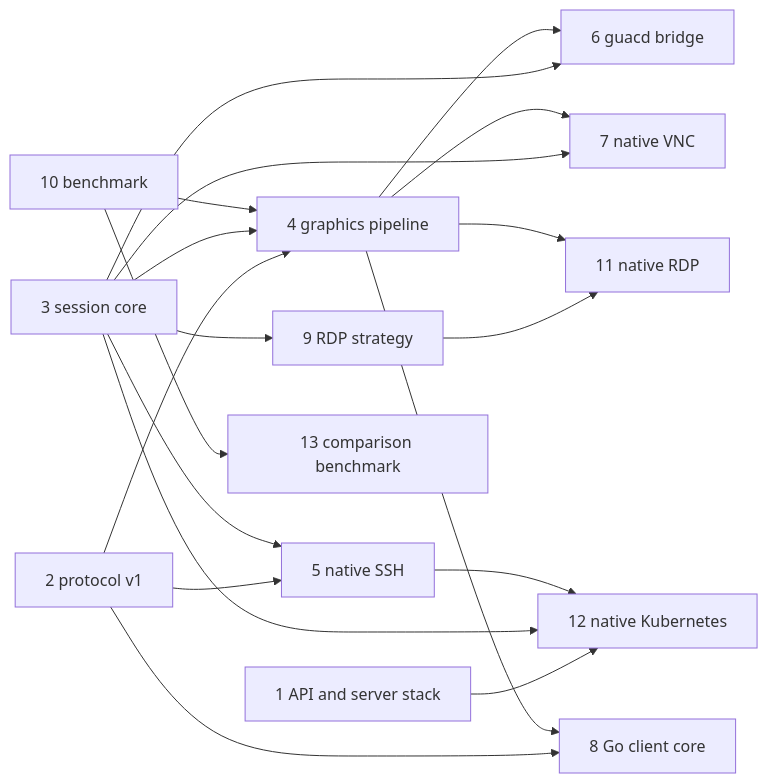
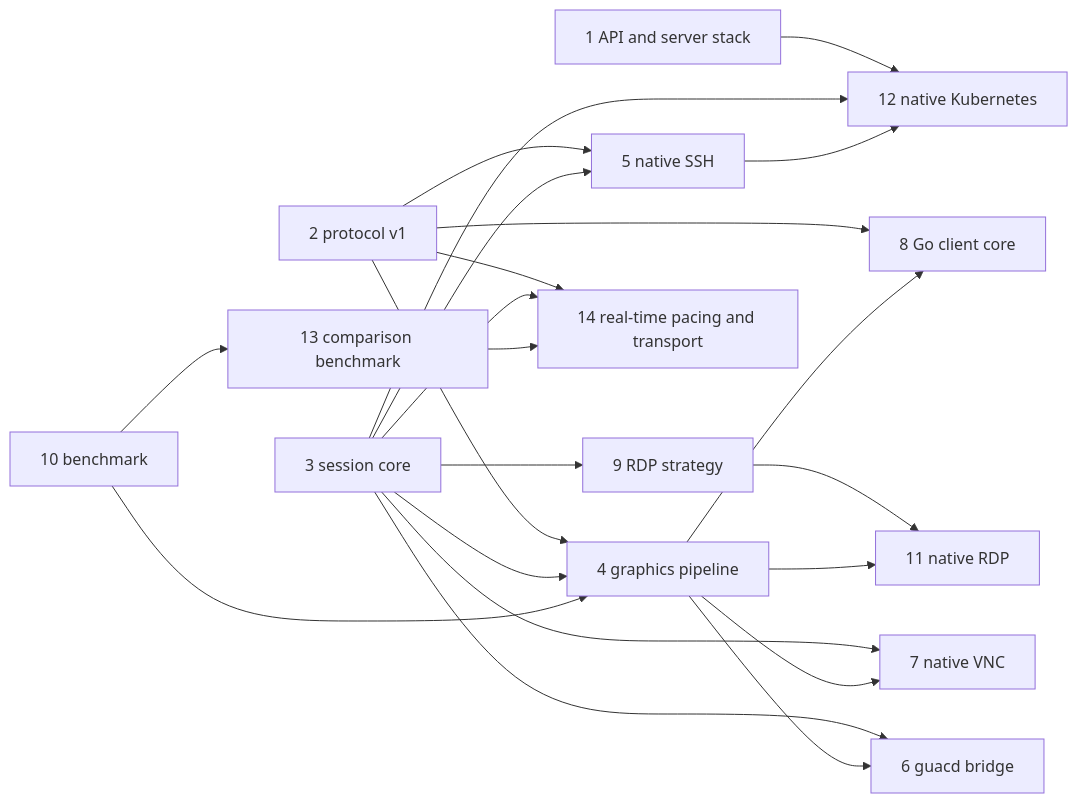
Before and after one commit to changkun/occamy: the second of 2 diagrams in specs/008-native-architecture.md, drawn with Mermaid. The commit also changed other lines of this file and 2 other files, not shown here.

Commit message:
specs: real-time pacing and transport, built and measured one step at a time

````diff
--- a/specs/008-native-architecture.md
+++ b/specs/008-native-architecture.md
@@ -316,21 +317,24 @@
 ```mermaid
 graph LR
   P[2 protocol v1] --> G[4 graphics pipeline]
   S[3 session core] --> G
   P --> SSH[5 native SSH]
   S --> SSH
   S --> B[6 guacd bridge]
   G --> B
   S --> VNC[7 native VNC]
   G --> VNC
   P --> CC[8 Go client core]
   G --> CC
   S --> RDP[9 RDP strategy]
   RDP --> NRDP[11 native RDP]
   G --> NRDP
   BM[10 benchmark] --> G
   A[1 API and server stack] --> K8S[12 native Kubernetes]
   S --> K8S
   SSH --> K8S
   BM --> CMP[13 comparison benchmark]
+  P --> RT[14 real-time pacing and transport]
+  S --> RT
+  CMP --> RT
 ```
````
